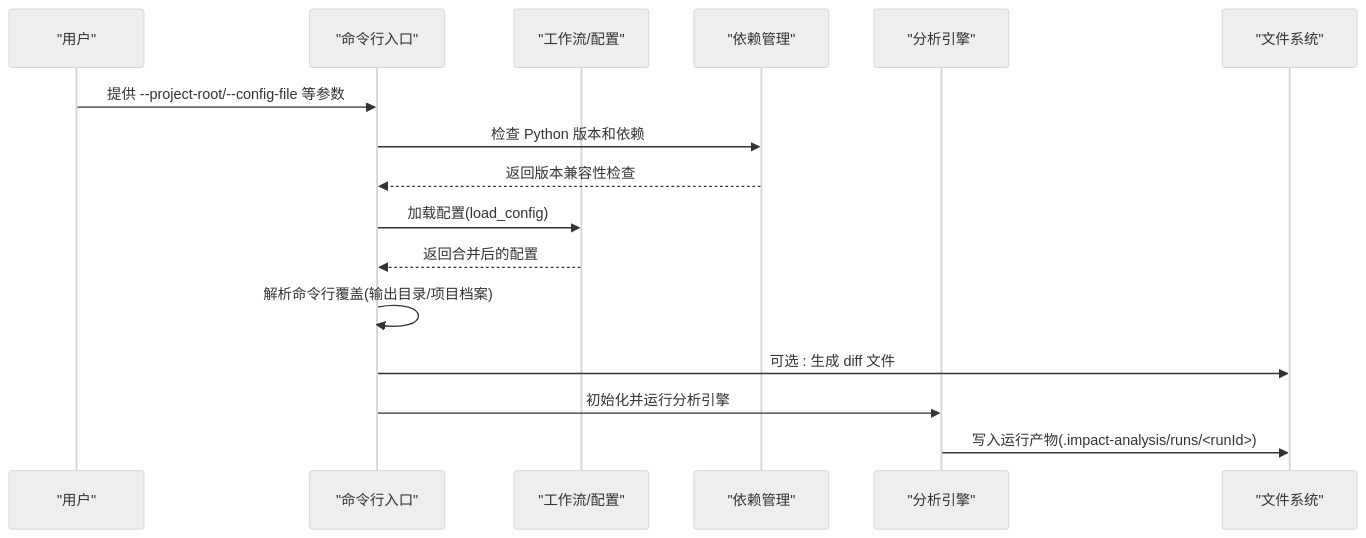
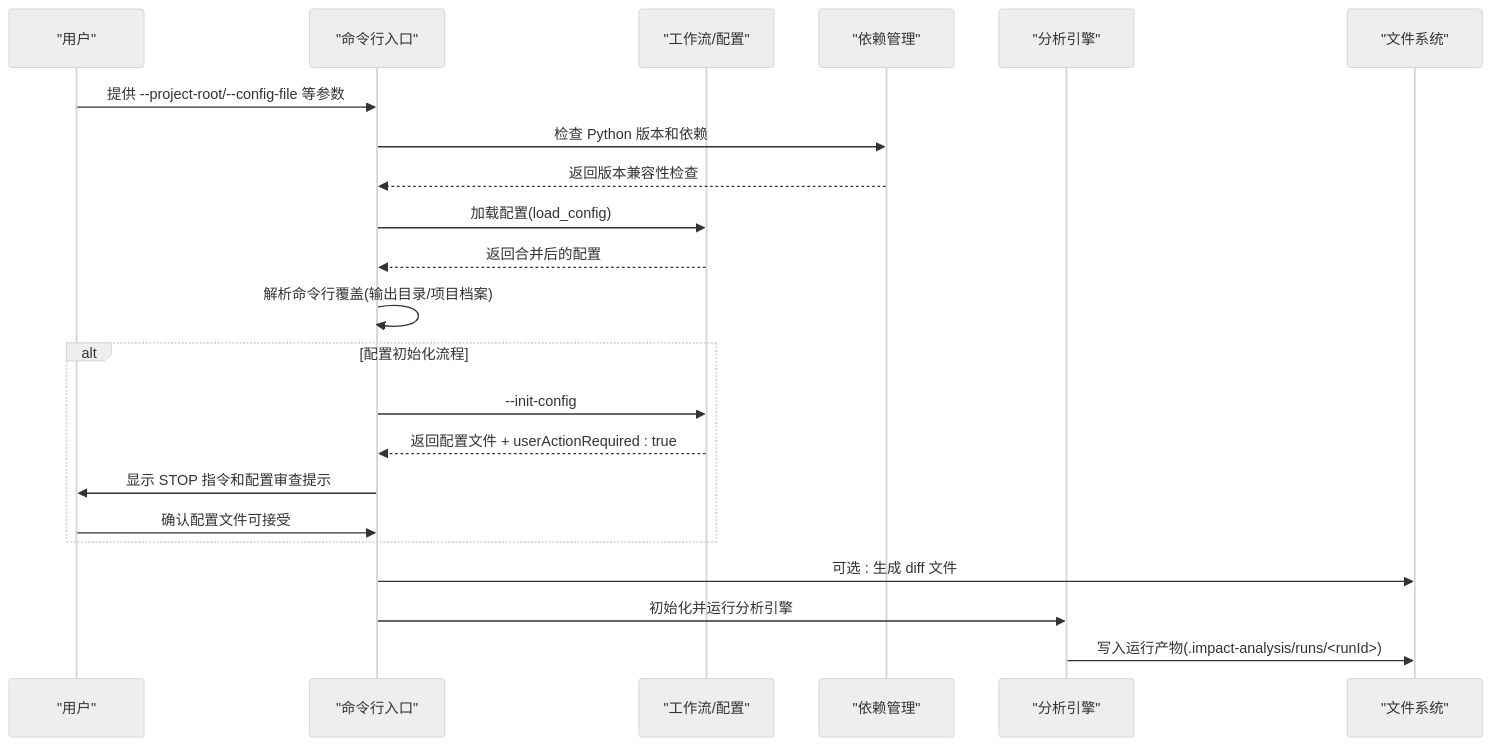
The second of 3 diagrams in .qoder/repowiki/zh/content/API参考/配置选项.md (brand-new-remo/frontend-impact-analyzer), drawn with Mermaid (neutral theme) before and after one commit. The commit also changed other lines of this file and 4 other files, not shown here.

````diff
--- a/.qoder/repowiki/zh/content/API参考/配置选项.md
+++ b/.qoder/repowiki/zh/content/API参考/配置选项.md
@@ -89,18 +96,24 @@
 ```mermaid
 sequenceDiagram
 participant U as "用户"
 participant CLI as "命令行入口"
 participant WF as "工作流/配置"
 participant UV as "依赖管理"
 participant ENG as "分析引擎"
 participant FS as "文件系统"
 U->>CLI : 提供 --project-root/--config-file 等参数
 CLI->>UV : 检查 Python 版本和依赖
 UV-->>CLI : 返回版本兼容性检查
 CLI->>WF : 加载配置(load_config)
 WF-->>CLI : 返回合并后的配置
 CLI->>CLI : 解析命令行覆盖(输出目录/项目档案)
+alt 配置初始化流程
+CLI->>WF : --init-config
+WF-->>CLI : 返回配置文件 + userActionRequired : true
+CLI->>U : 显示 STOP 指令和配置审查提示
+U->>CLI : 确认配置文件可接受
+end
 CLI->>FS : 可选 : 生成 diff 文件
 CLI->>ENG : 初始化并运行分析引擎
 ENG->>FS : 写入运行产物(.impact-analysis/runs/<runId>)
 ```
````
